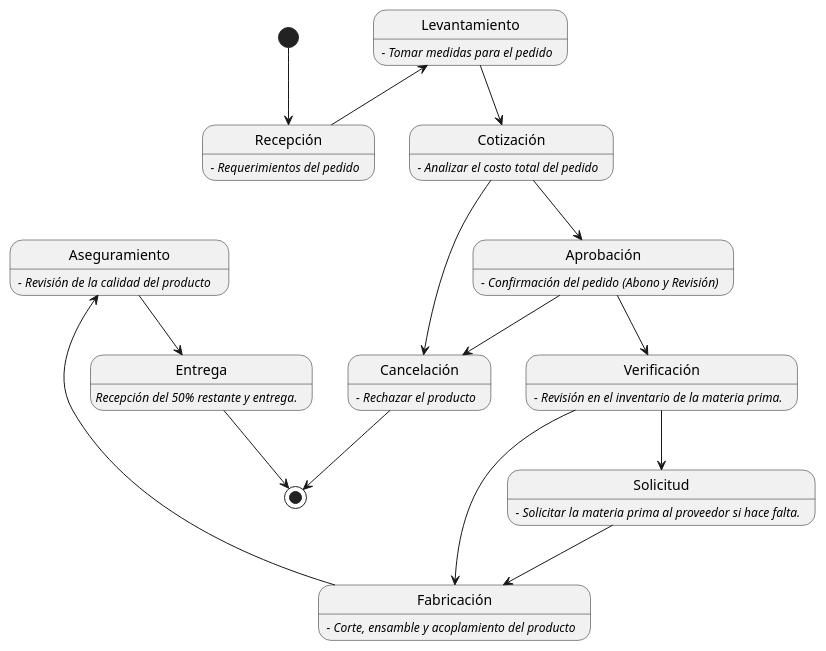
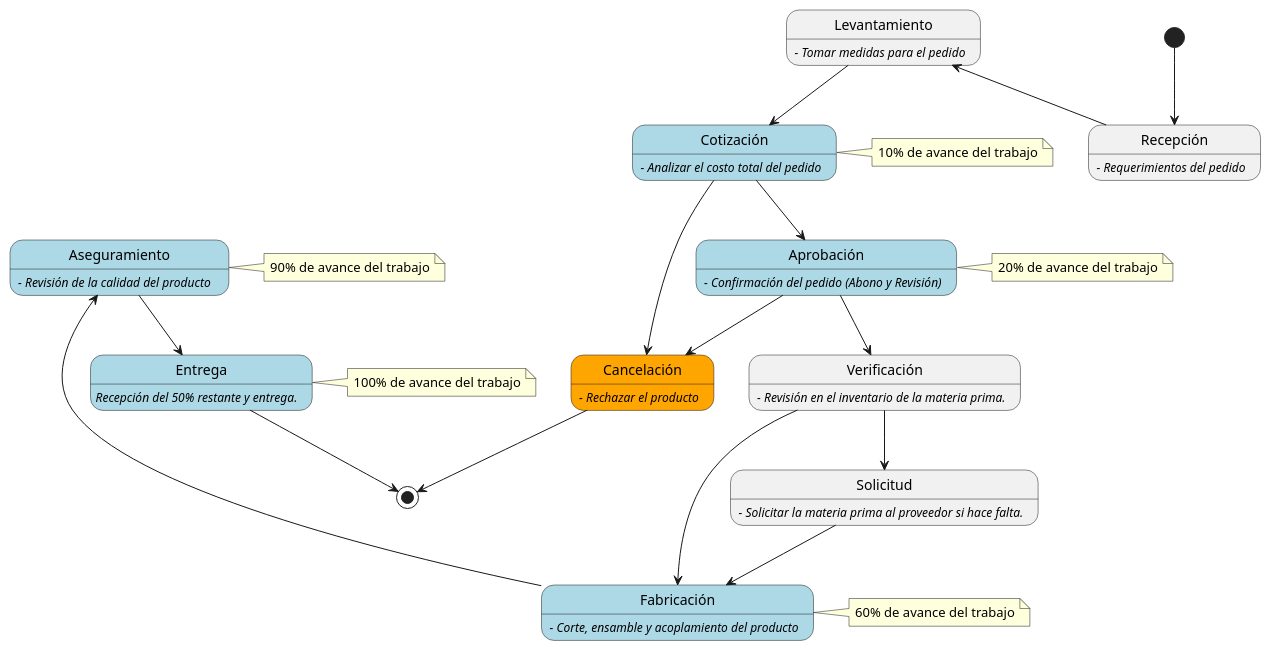
The diagram in estadosAvance.puml (ByJuanRod/Logica-de-Negocios), drawn with PlantUML before and after one commit.

Commit message:
Notas y toques finales al diagrama de estados de avance

```diff
--- a/estadosAvance.puml
+++ b/estadosAvance.puml
@@ -1,89 +1,105 @@
 @startuml
 'https://plantuml.com/state-diagram
 
 
 
 state Recepción{
 
 }
 
 Recepción :<i> - Requerimientos del pedido</i>
 
 [*] --> Recepción
 
 state Levantamiento{
 
 }
 
 Levantamiento: <i> - Tomar medidas para el pedido</i>
 
 Recepción -up-> Levantamiento
 
-state Cotización{
+state Cotización #lightblue{
 
 }
+note right of Cotización
+    10% de avance del trabajo
+end note
 
 Cotización: <i> - Analizar el costo total del pedido</i>
 
 Levantamiento --> Cotización
 Cotización --> Cancelación
 
-state Aprobación{
+state Aprobación #lightblue{
 
 }
+note right of Aprobación
+ 20% de avance del trabajo
+end note
 
 Aprobación : <i> - Confirmación del pedido (Abono y Revisión)</i>
 
 Cotización --> Aprobación
 
 Aprobación --> Cancelación
 
-state Cancelación{
+state Cancelación #orange{
 
 }
 
 Cancelación : <i> - Rechazar el producto</i>
 
 Cancelación --> [*]
 
 state Verificación{
 
 }
 
 Verificación : <i> - Revisión en el inventario de la materia prima.</i>
 
 Aprobación --> Verificación
 
-state Fabricación{
+state Fabricación #lightblue{
 
 }
+note right of Fabricación
+    60% de avance del trabajo
+end note
+
 
 Fabricación : <i> - Corte, ensamble y acoplamiento del producto</i>
 
 Verificación --> Fabricación
 
 state Solicitud{
 
 }
 
 Solicitud : <i> - Solicitar la materia prima al proveedor si hace falta.</i>
 
 Verificación --> Solicitud
 Solicitud --> Fabricación
 
-state Aseguramiento{
+state Aseguramiento #lightblue{
 
 }
+note right of Aseguramiento
+    90% de avance del trabajo
+end note
 
 Aseguramiento : <i> - Revisión de la calidad del producto </i>
 Fabricación -up-> Aseguramiento
 Aseguramiento --> Entrega
 
-state Entrega{
+state Entrega #lightblue{
 
 }
+note right of Entrega
+    100% de avance del trabajo
+end note
 
 Entrega : <i>Recepción del 50% restante y entrega.</i>
 
 Entrega --> [*]
 @enduml
```
